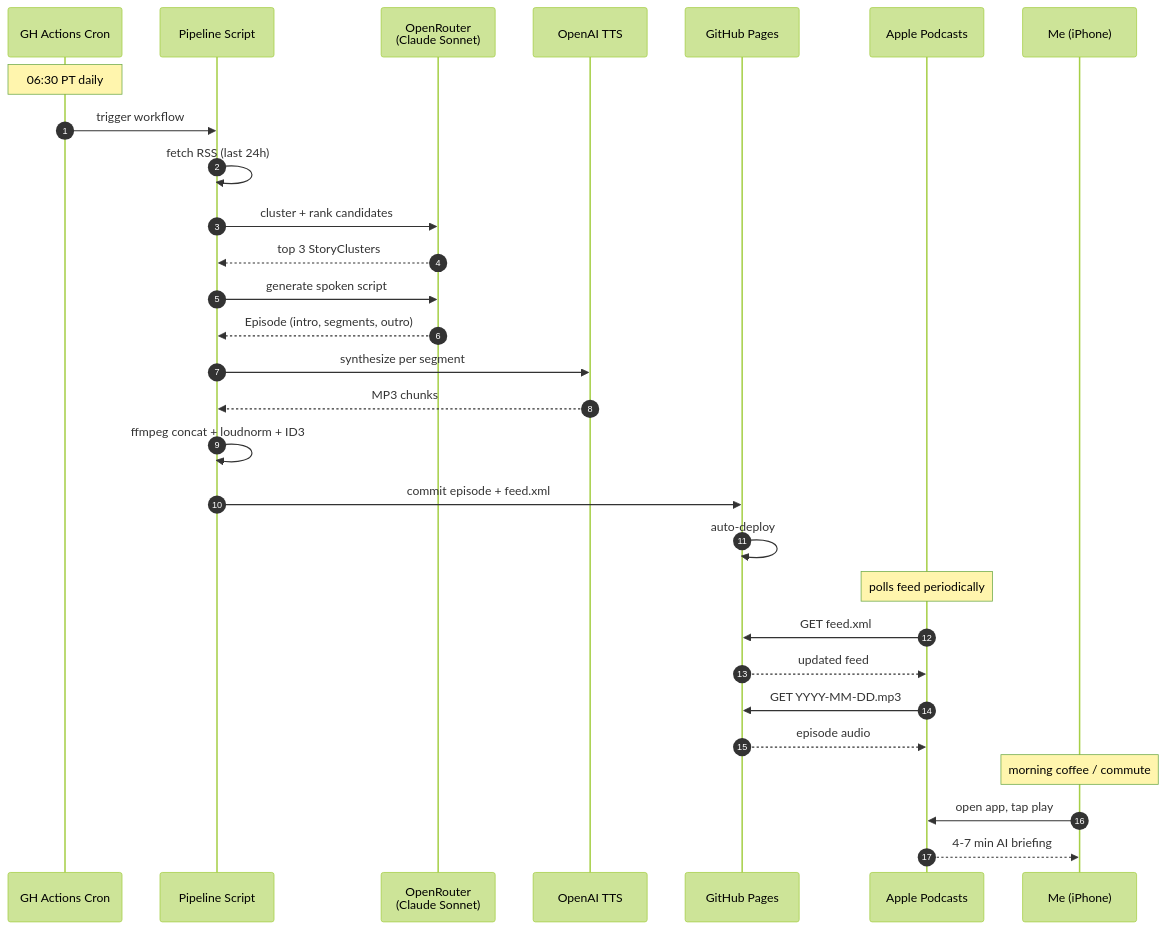
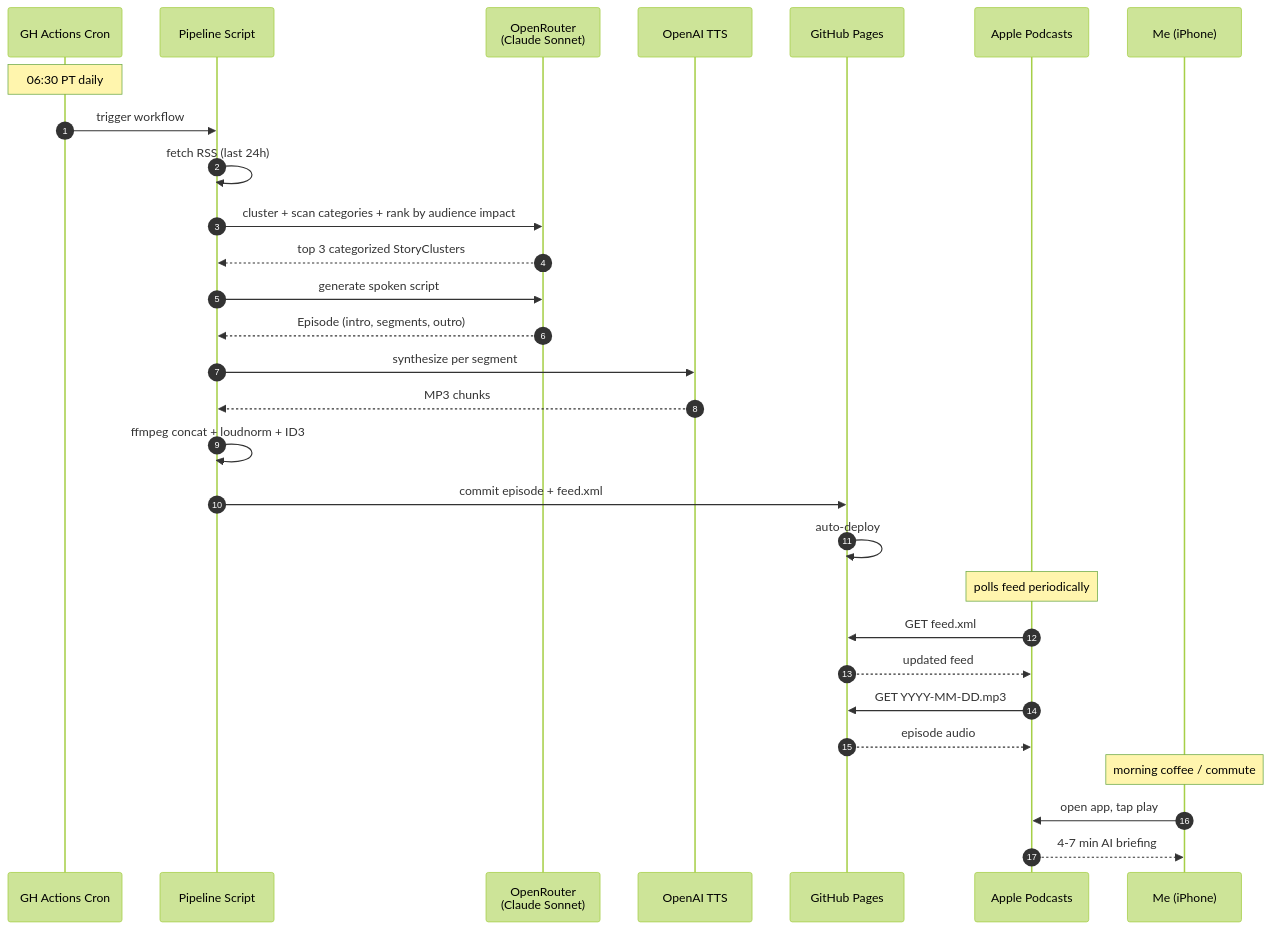
Before and after one commit to robertcdawson/ai-briefing: the diagram in docs/03-user-flow.md, drawn with Mermaid (forest theme). The commit also changed 14 other files, not shown here.

````diff
--- a/docs/03-user-flow.md
+++ b/docs/03-user-flow.md
@@ -15,32 +15,32 @@
 ```mermaid
 sequenceDiagram
     autonumber
     participant Cron as GH Actions Cron
     participant Job as Pipeline Script
     participant LLM as OpenRouter<br/>(Claude Sonnet)
     participant TTS as OpenAI TTS
     participant Pages as GitHub Pages
     participant Apple as Apple Podcasts
     participant Me as Me (iPhone)
 
     Note over Cron: 06:30 PT daily
     Cron->>Job: trigger workflow
     Job->>Job: fetch RSS (last 24h)
-    Job->>LLM: cluster + rank candidates
-    LLM-->>Job: top 3 StoryClusters
+    Job->>LLM: cluster + scan categories + rank by audience impact
+    LLM-->>Job: top 3 categorized StoryClusters
     Job->>LLM: generate spoken script
     LLM-->>Job: Episode (intro, segments, outro)
     Job->>TTS: synthesize per segment
     TTS-->>Job: MP3 chunks
     Job->>Job: ffmpeg concat + loudnorm + ID3
     Job->>Pages: commit episode + feed.xml
     Pages->>Pages: auto-deploy
     Note over Apple: polls feed periodically
     Apple->>Pages: GET feed.xml
     Pages-->>Apple: updated feed
     Apple->>Pages: GET YYYY-MM-DD.mp3
     Pages-->>Apple: episode audio
     Note over Me: morning coffee / commute
     Me->>Apple: open app, tap play
     Apple-->>Me: 4-7 min AI briefing
 ```
````
